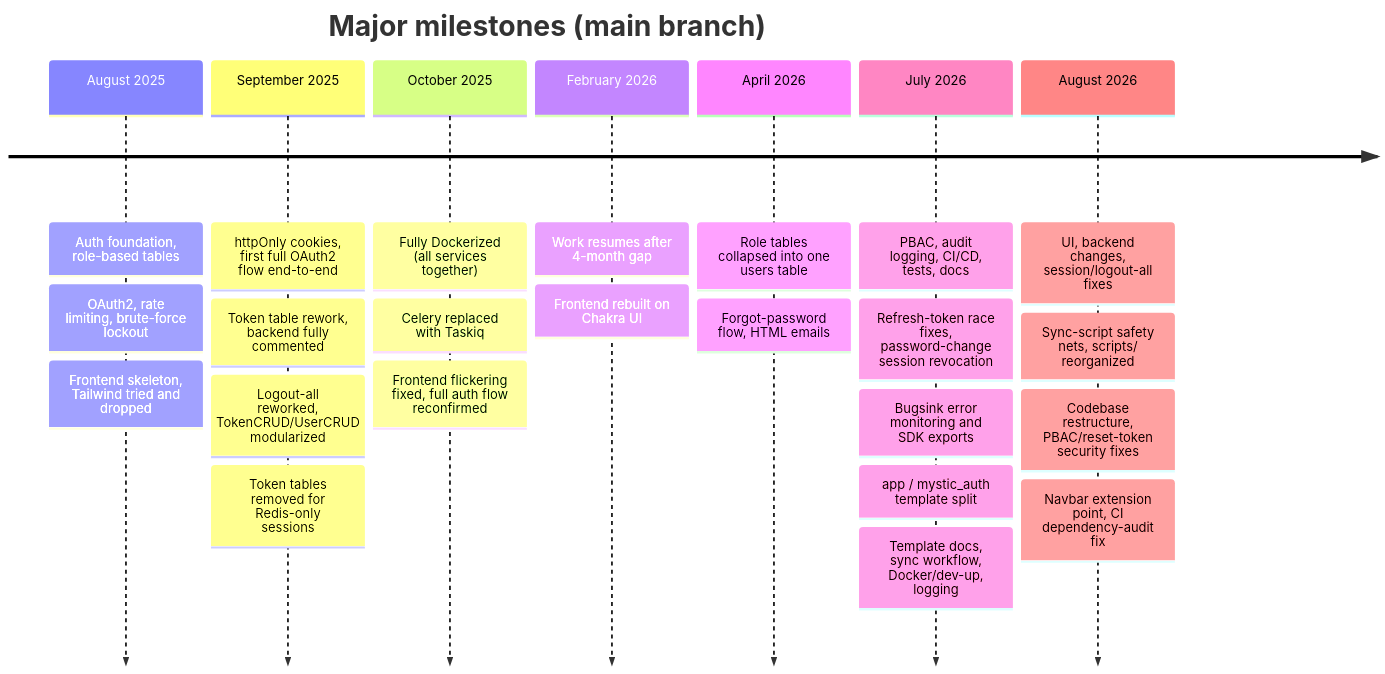
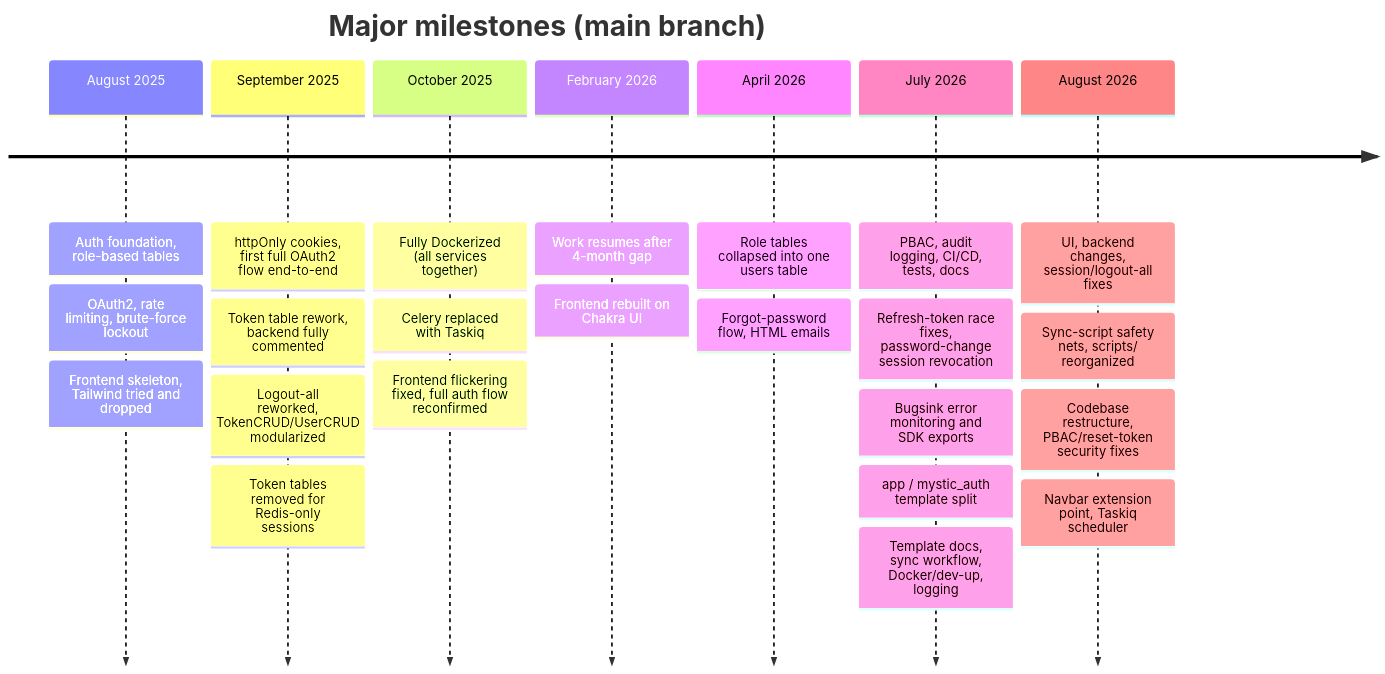
Before and after one commit to Nachiket-2024/mystic-auth: the diagram in docs/mystic_auth/project-story/README.md, drawn with Mermaid. The commit also changed other lines of this file and 20 other files, not shown here.

Commit message:
Added exponential backoff to Taskiq email retries via a new taskiq_scheduler service

````diff
--- a/docs/mystic_auth/project-story/README.md
+++ b/docs/mystic_auth/project-story/README.md
@@ -37,27 +37,27 @@
 ```mermaid
 timeline
     title Major milestones (main branch)
     August 2025: Auth foundation, role-based tables
             : OAuth2, rate limiting, brute-force lockout
             : Frontend skeleton, Tailwind tried and dropped
     September 2025: httpOnly cookies, first full OAuth2 flow end-to-end
             : Token table rework, backend fully commented
             : Logout-all reworked, TokenCRUD/UserCRUD modularized
             : Token tables removed for Redis-only sessions
     October 2025: Fully Dockerized (all services together)
             : Celery replaced with Taskiq
             : Frontend flickering fixed, full auth flow reconfirmed
     February 2026: Work resumes after 4-month gap
             : Frontend rebuilt on Chakra UI
     April 2026: Role tables collapsed into one users table
             : Forgot-password flow, HTML emails
     July 2026: PBAC, audit logging, CI/CD, tests, docs
             : Refresh-token race fixes, password-change session revocation
             : Bugsink error monitoring and SDK exports
             : app / mystic_auth template split
             : Template docs, sync workflow, Docker/dev-up, logging
     August 2026: UI, backend changes, session/logout-all fixes
             : Sync-script safety nets, scripts/ reorganized
             : Codebase restructure, PBAC/reset-token security fixes
-            : Navbar extension point, CI dependency-audit fix
+            : Navbar extension point, Taskiq scheduler
 ```
````
